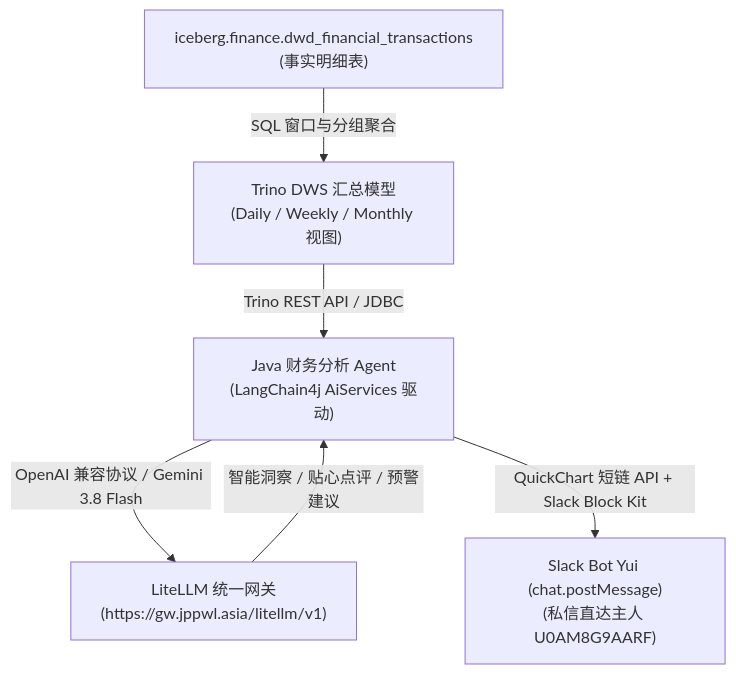
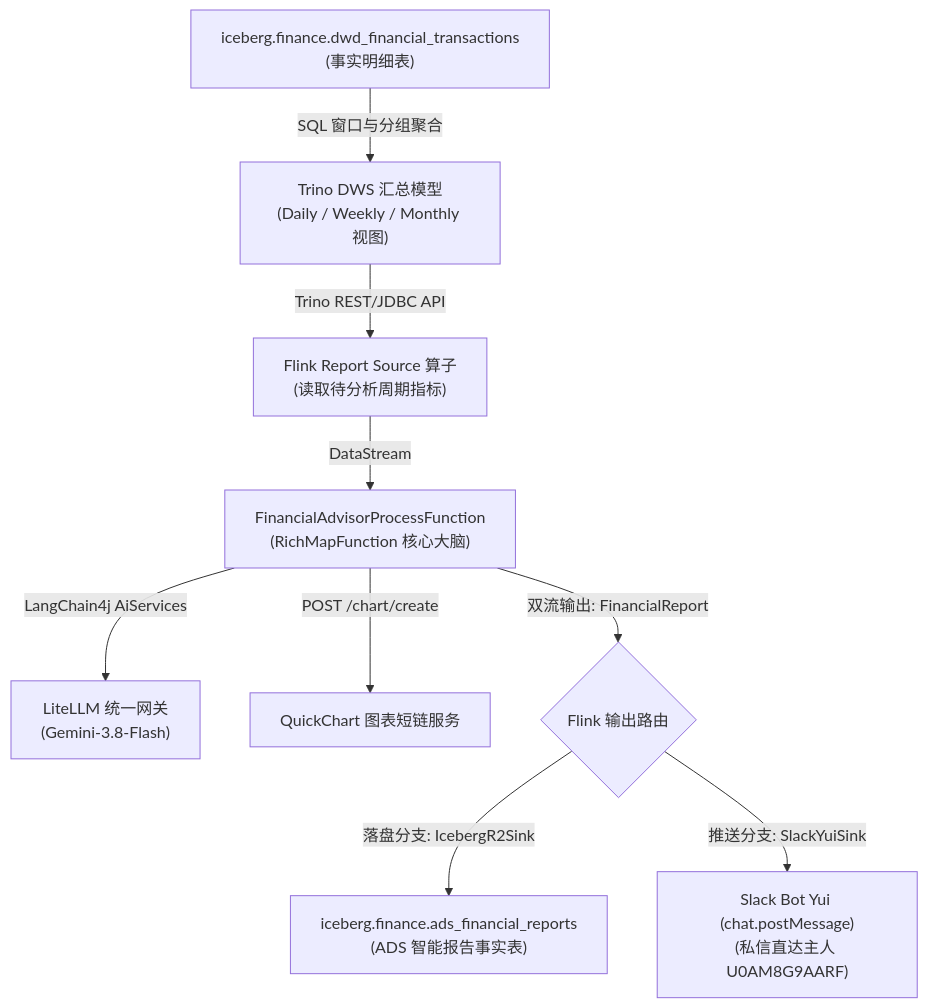
The diagram in docs/financial-analytics-dws-spec.md (nvd11/sms-flink-etl), drawn with Mermaid before and after one commit. The commit also changed other lines of this file and 1 other file, not shown here.

Commit message:
docs(ads): update spec and implementation plan for ADS lakehouse persistence and Flink dual-sink

````diff
--- a/docs/financial-analytics-dws-spec.md
+++ b/docs/financial-analytics-dws-spec.md
@@ -223,8 +252,11 @@
 ```mermaid
 graph TB
     DWD["iceberg.finance.dwd_financial_transactions<br/>(事实明细表)"] -->|SQL 窗口与分组聚合| DWS["Trino DWS 汇总模型<br/>(Daily / Weekly / Monthly 视图)"]
-    DWS -->|Trino REST API / JDBC| AGENT["Java 财务分析 Agent<br/>(LangChain4j AiServices 驱动)"]
-    AGENT -->|OpenAI 兼容协议 / Gemini 3.8 Flash| LITELLM["LiteLLM 统一网关<br/>(https://gw.jppwl.asia/litellm/v1)"]
-    LITELLM -->|智能洞察 / 贴心点评 / 预警建议| AGENT
-    AGENT -->|QuickChart 短链 API + Slack Block Kit| YUI["Slack Bot Yui (chat.postMessage)<br/>(私信直达主人 U0AM8G9AARF)"]
+    DWS -->|Trino REST/JDBC API| SOURCE["Flink Report Source 算子<br/>(读取待分析周期指标)"]
+    SOURCE -->|DataStream| FUNC["FinancialAdvisorProcessFunction<br/>(RichMapFunction 核心大脑)"]
+    FUNC -->|LangChain4j AiServices| LITELLM["LiteLLM 统一网关<br/>(Gemini-3.8-Flash)"]
+    FUNC -->|POST /chart/create| QC["QuickChart 图表短链服务"]
+    FUNC -->|双流输出: FinancialReport| SINK_SPLIT{"Flink 输出路由"}
+    SINK_SPLIT -->|落盘分支: IcebergR2Sink| ADS["iceberg.finance.ads_financial_reports<br/>(ADS 智能报告事实表)"]
+    SINK_SPLIT -->|推送分支: SlackYuiSink| YUI["Slack Bot Yui (chat.postMessage)<br/>(私信直达主人 U0AM8G9AARF)"]
 ```
````
